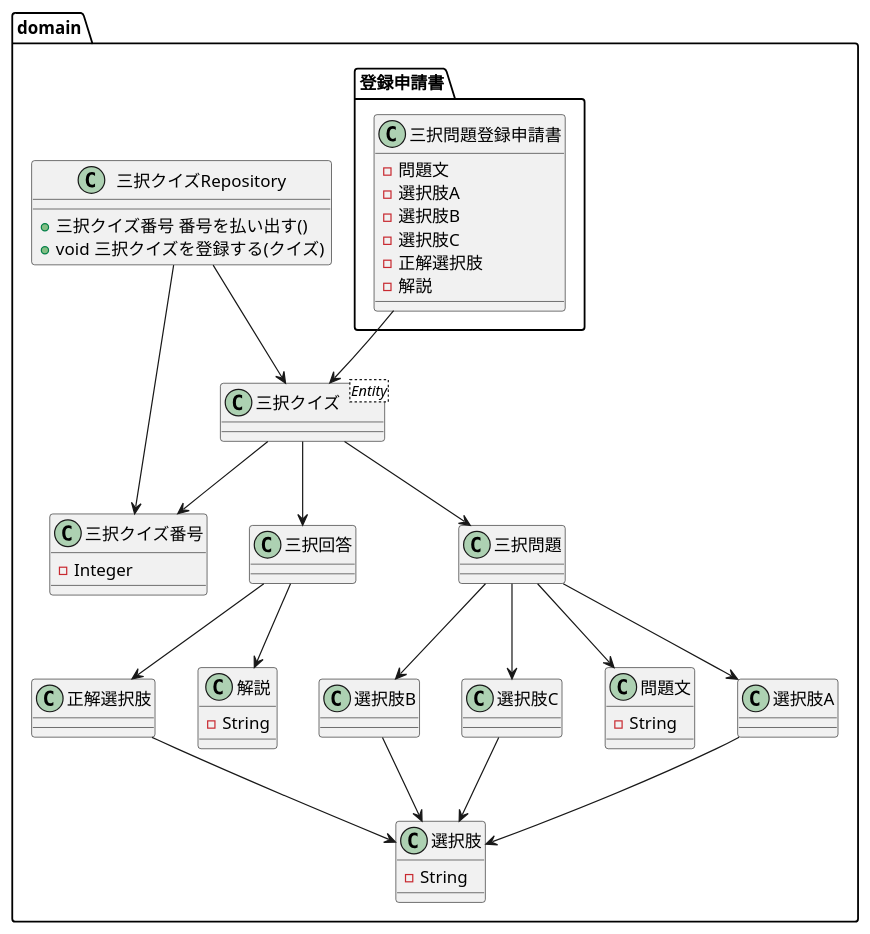
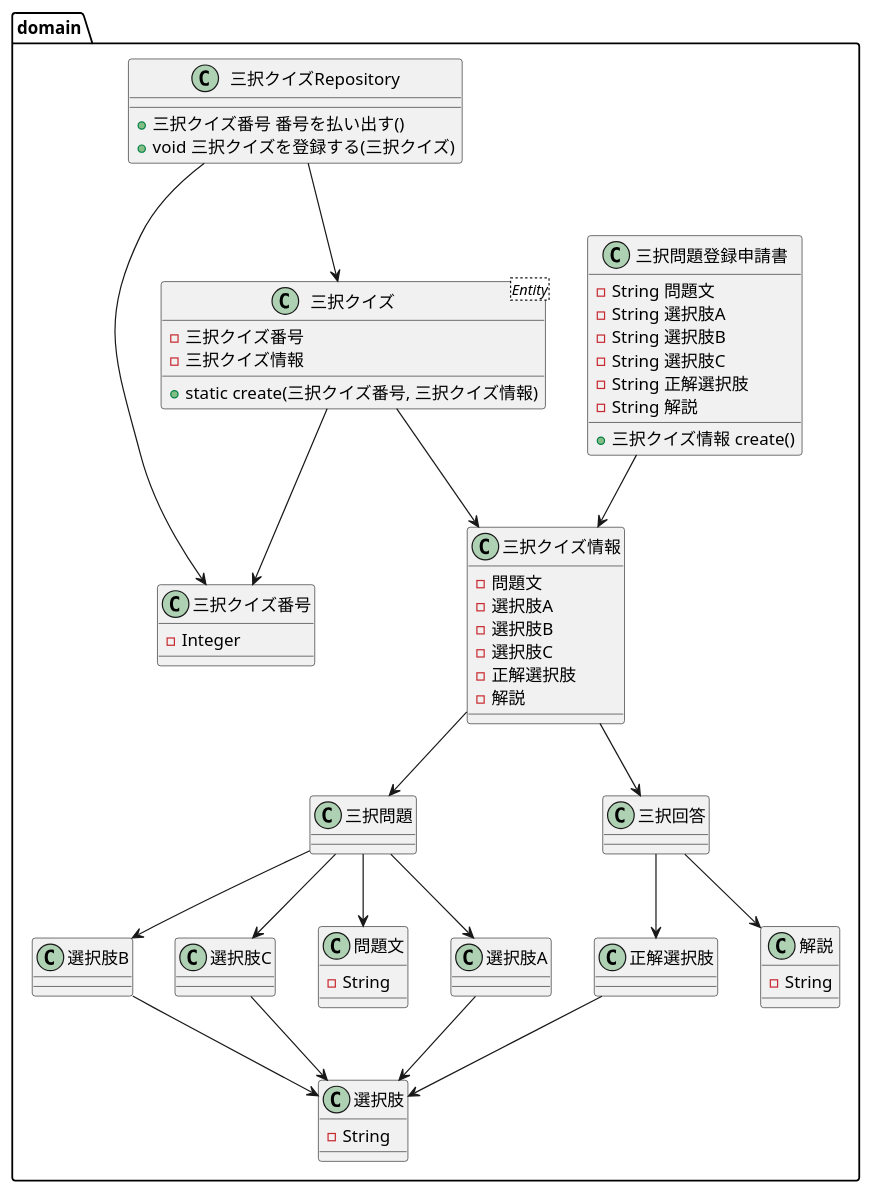
The diagram in doc/クイズ/register_model.puml (n-oikawa/study), drawn with PlantUML before and after one commit. The commit also changed 9 other files, not shown here.

```diff
--- a/doc/クイズ/register_model.puml
+++ b/doc/クイズ/register_model.puml
@@ -1,57 +1,88 @@
 @startuml
 
 package domain {
 
+  class 三択問題登録申請書 {
+      - String 問題文
+      - String 選択肢A
+      - String 選択肢B
+      - String 選択肢C
+      - String 正解選択肢
+      - String 解説
+    + 三択クイズ情報 create()
+  }
+
+  class 三択クイズ情報 {
+      - 問題文
+      - 選択肢A
+      - 選択肢B
+      - 選択肢C
+      - 正解選択肢
+      - 解説
+''      + 三択クイズ create(三択クイズ番号)
+  }
+
+
+/'
   package 登録申請書 {
     class 三択問題登録申請書 {
       - 問題文
       - 選択肢A
       - 選択肢B
       - 選択肢C
       - 正解選択肢
       - 解説
+      + 三択クイズ create()
     }
   }
+'/
 
   class "三択クイズ<Entity>" as 三択クイズ {
+    - 三択クイズ番号
+    - 三択クイズ情報
+    + static create(三択クイズ番号, 三択クイズ情報)
   }
 
   class 三択クイズRepository {
     + 三択クイズ番号 番号を払い出す()
-    + void 三択クイズを登録する(クイズ)
+    + void 三択クイズを登録する(三択クイズ)
   }
 
   class 正解選択肢 {
   }
 
   class 三択クイズ番号 {
     - Integer
   }
 
   class 問題文 {
     - String
   }
   class 解説 {
     - String
   }
   class 選択肢 {
     - String
   }
 
-  三択問題登録申請書 --> 三択クイズ
+''  三択問題登録申請書 --> 三択クイズ
+  三択問題登録申請書 --> 三択クイズ情報
+''  三択クイズ情報 --> 三択クイズ番号
+''  三択クイズ情報 --> 三択クイズ
   三択クイズRepository --> 三択クイズ
   三択クイズRepository --> 三択クイズ番号
   三択クイズ --> 三択クイズ番号
-  三択クイズ --> 三択問題
-  三択クイズ --> 三択回答
+  三択クイズ --> 三択クイズ情報
+  三択クイズ情報 --> 三択問題
+  三択クイズ情報 --> 三択回答
   三択問題 --> 問題文
   三択問題 --> 選択肢A
   三択問題 --> 選択肢B
   三択問題 --> 選択肢C
   三択回答 --> 正解選択肢
   三択回答 --> 解説
   選択肢A --> 選択肢
   選択肢B --> 選択肢
   選択肢C --> 選択肢
   正解選択肢 --> 選択肢
 @enduml
```
